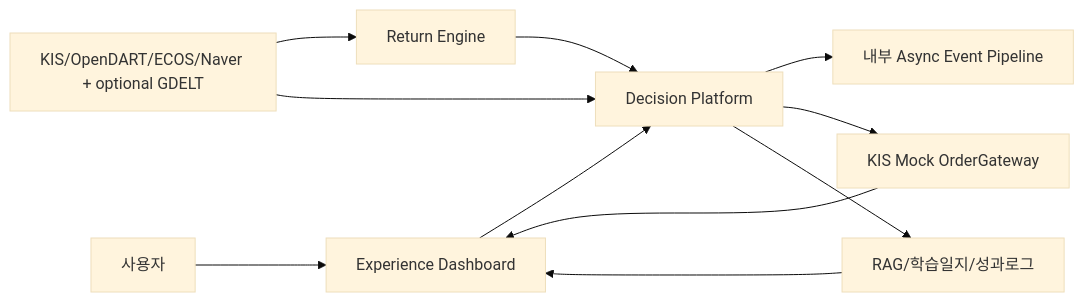
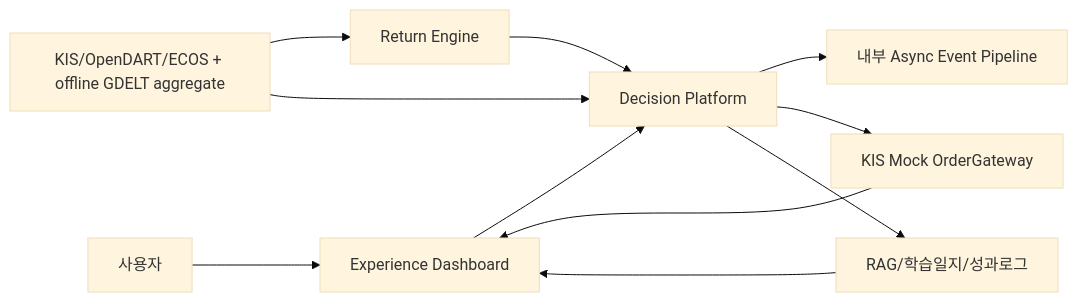
The diagram in docs/중간보고서_작성용_초기설계.md (robinhood0107/Capstone-AI-Trading-Coach), drawn with Mermaid (base theme) before and after one commit. The commit also changed other lines of this file and 10 other files, not shown here.

Commit message:
docs(S1.3G): Naver 퇴역과 GDELT 권한 명시 #20

````diff
--- a/docs/중간보고서_작성용_초기설계.md
+++ b/docs/중간보고서_작성용_초기설계.md
@@ -167,13 +167,13 @@
 ```mermaid
 flowchart LR
   U["사용자"] --> D["Experience Dashboard"]
   D --> P["Decision Platform"]
   R["Return Engine"] --> P
   P --> E["내부 Async Event Pipeline"]
-  K["KIS/OpenDART/ECOS/Naver + optional GDELT"] --> R
+  K["KIS/OpenDART/ECOS + offline GDELT aggregate"] --> R
   K --> P
   P --> M["KIS Mock OrderGateway"]
   P --> L["RAG/학습일지/성과로그"]
   M --> D
   L --> D
 ```
````
